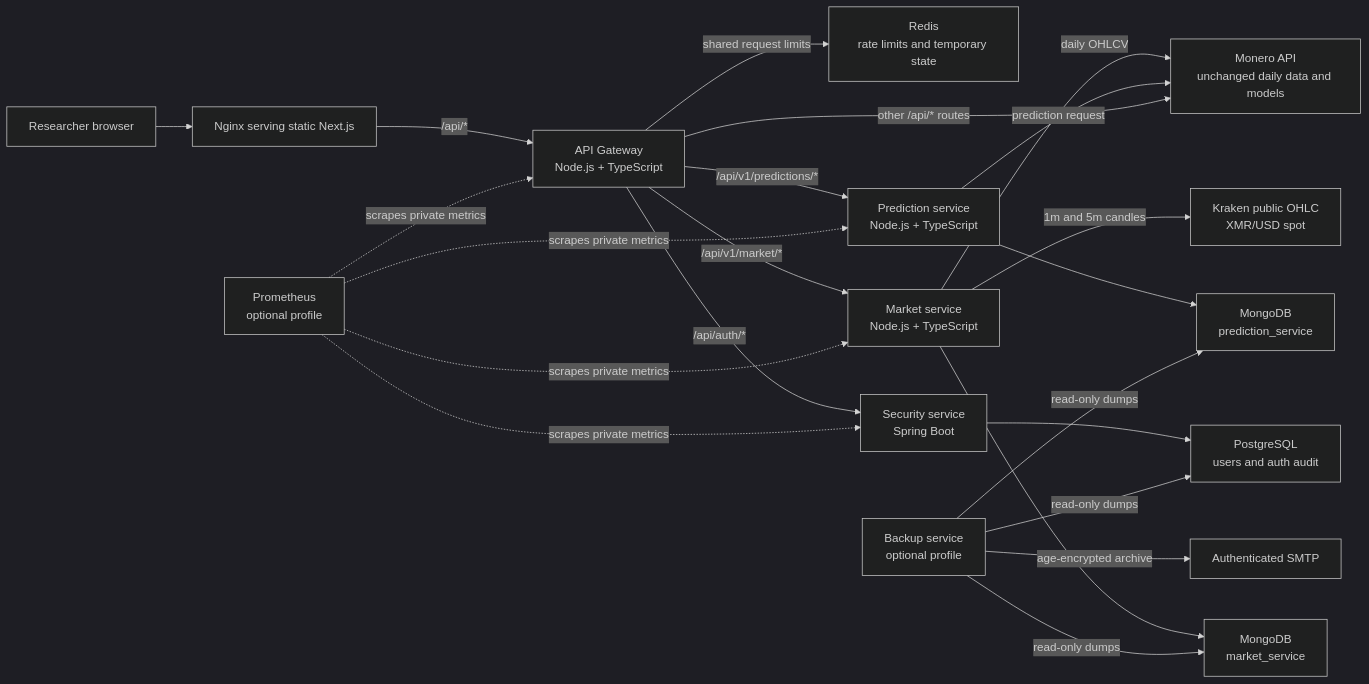
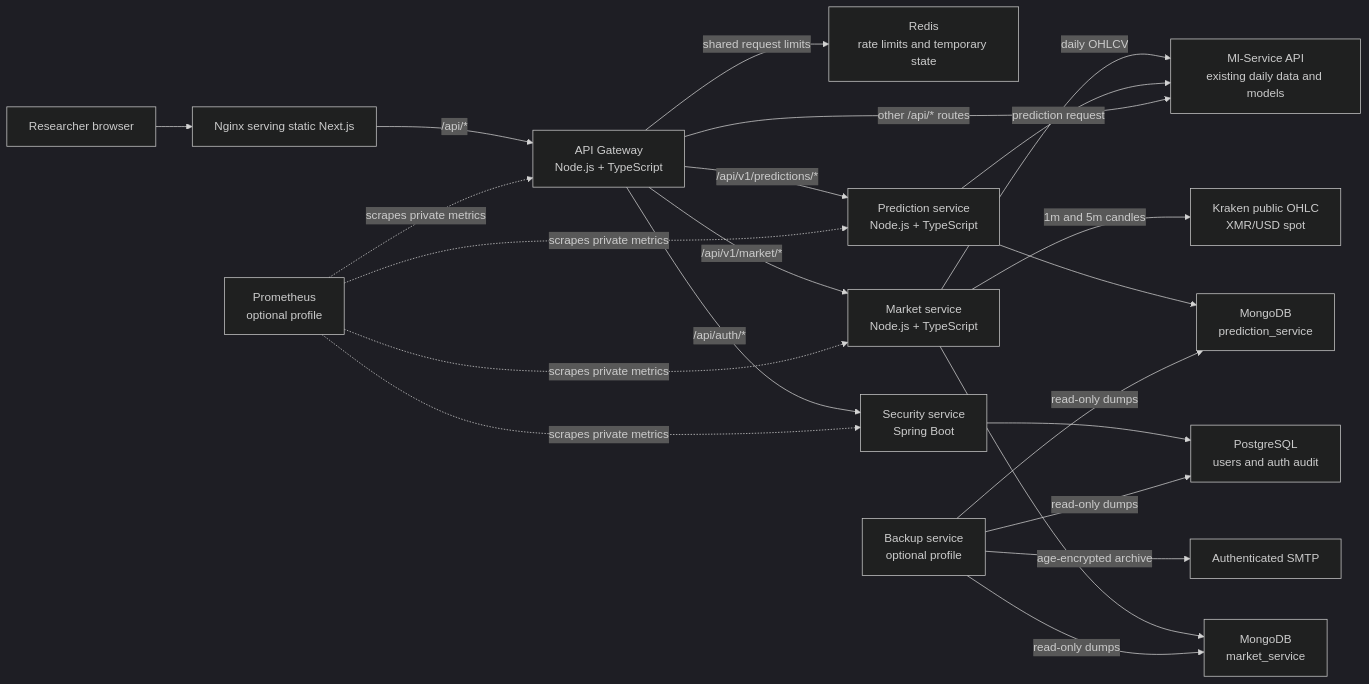
Before and after one commit to AyLZz17/XMRPrediction-Lab: the first of 4 diagrams in docs/architecture/diagrams.md, drawn with Mermaid (dark theme). The commit also changed other lines of this file and 135 other files, not shown here.

````diff
--- a/docs/architecture/diagrams.md
+++ b/docs/architecture/diagrams.md
@@ -8,40 +8,40 @@
 ```mermaid
 flowchart LR
     browser["Researcher browser"]
     frontend["Nginx serving static Next.js"]
     gateway["API Gateway<br/>Node.js + TypeScript"]
     redis["Redis<br/>rate limits and temporary state"]
     security["Security service<br/>Spring Boot"]
     postgres["PostgreSQL<br/>users and auth audit"]
     market["Market service<br/>Node.js + TypeScript"]
     marketMongo["MongoDB<br/>market_service"]
-    monero["Monero API<br/>unchanged daily data and models"]
+    mlService["Ml-Service API<br/>existing daily data and models"]
     kraken["Kraken public OHLC<br/>XMR/USD spot"]
     predictions["Prediction service<br/>Node.js + TypeScript"]
     predictionMongo["MongoDB<br/>prediction_service"]
     backup["Backup service<br/>optional profile"]
     smtp["Authenticated SMTP"]
     prometheus["Prometheus<br/>optional profile"]
 
     browser --> frontend
     frontend -->|"/api/*"| gateway
     gateway -->|"shared request limits"| redis
     gateway -->|"/api/auth/*"| security
     security --> postgres
     gateway -->|"/api/v1/market/*"| market
     market --> marketMongo
-    market -->|"daily OHLCV"| monero
+    market -->|"daily OHLCV"| mlService
     market -->|"1m and 5m candles"| kraken
     gateway -->|"/api/v1/predictions/*"| predictions
     predictions --> predictionMongo
-    predictions -->|"prediction request"| monero
-    gateway -->|"other /api/* routes"| monero
+    predictions -->|"prediction request"| mlService
+    gateway -->|"other /api/* routes"| mlService
     backup -->|"read-only dumps"| postgres
     backup -->|"read-only dumps"| marketMongo
     backup -->|"read-only dumps"| predictionMongo
     backup -->|"age-encrypted archive"| smtp
     prometheus -.->|"scrapes private metrics"| gateway
     prometheus -.->|"scrapes private metrics"| market
     prometheus -.->|"scrapes private metrics"| predictions
     prometheus -.->|"scrapes private metrics"| security
 ```
````
